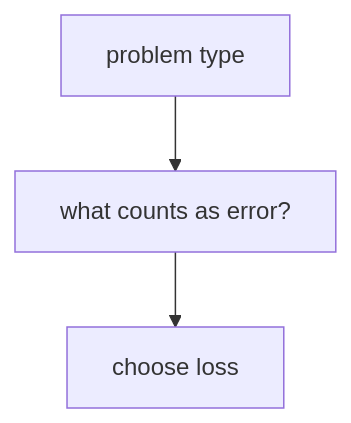
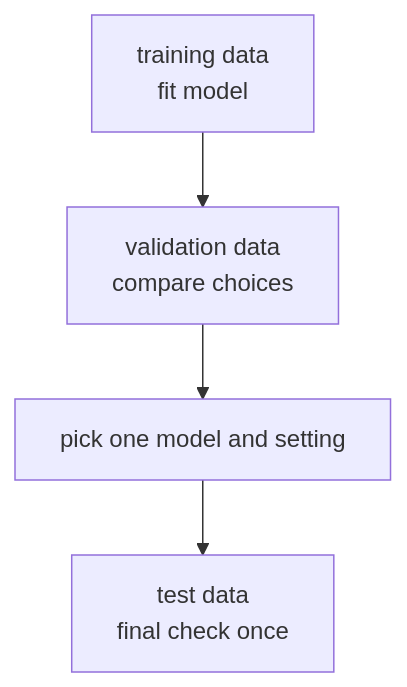
Before and after one commit to devchan64/AiBook: the diagram in docs/parts/part-04/chapter-04/section-02.md, drawn with Mermaid. The commit also changed other lines of this file and 213 other files, not shown here.

````diff
--- a/docs/parts/part-04/chapter-04/section-02.md
+++ b/docs/parts/part-04/chapter-04/section-02.md
@@ -51,9 +80,11 @@
 ```mermaid
-flowchart TD
-  A["problem type"]
-  B["what counts as error?"]
-  C["choose loss"]
+flowchart TB
+  A["training data<br/>fit model"]
+  B["validation data<br/>compare choices"]
+  C["pick one model and setting"]
+  D["test data<br/>final check once"]
 
   A --> B
   B --> C
+  C --> D
 ```
````
